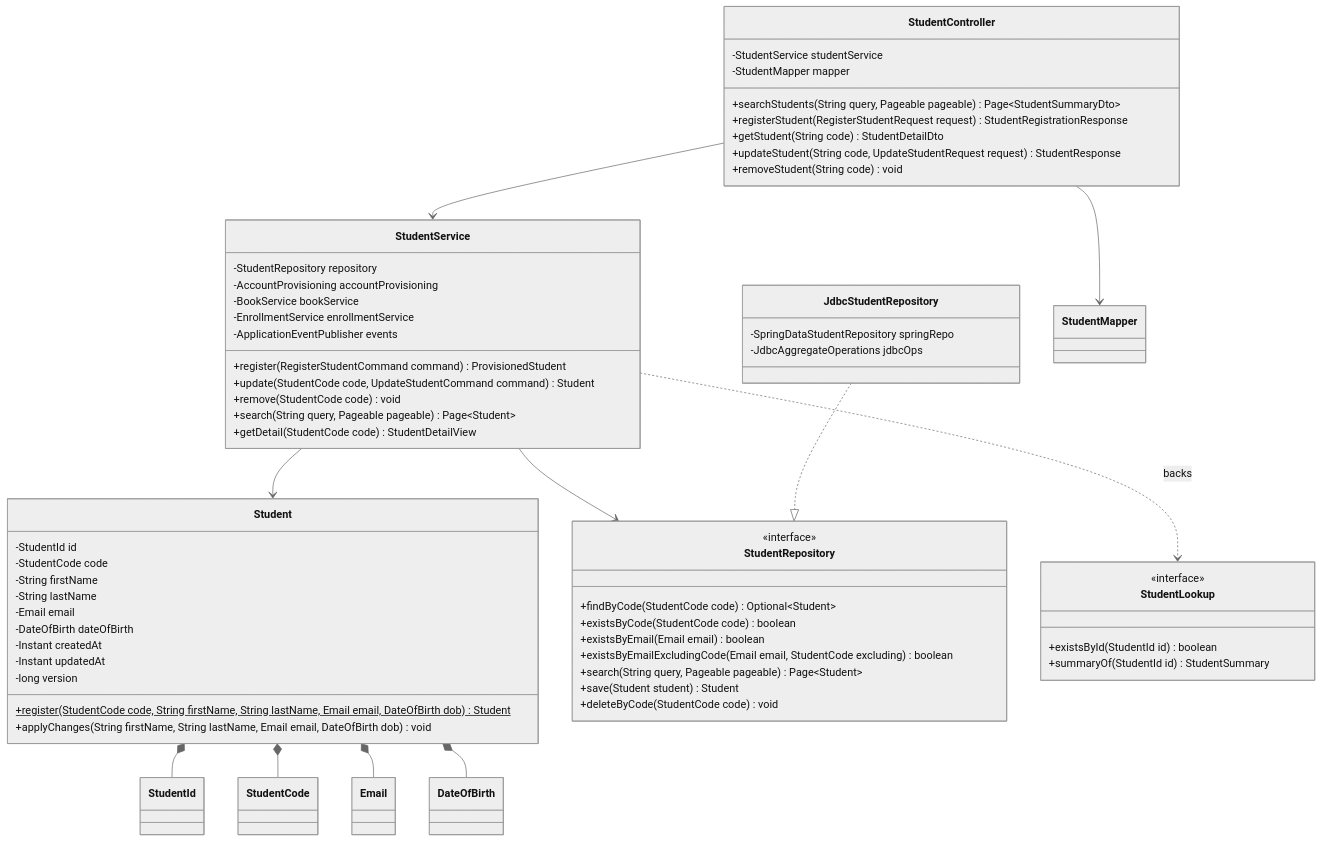
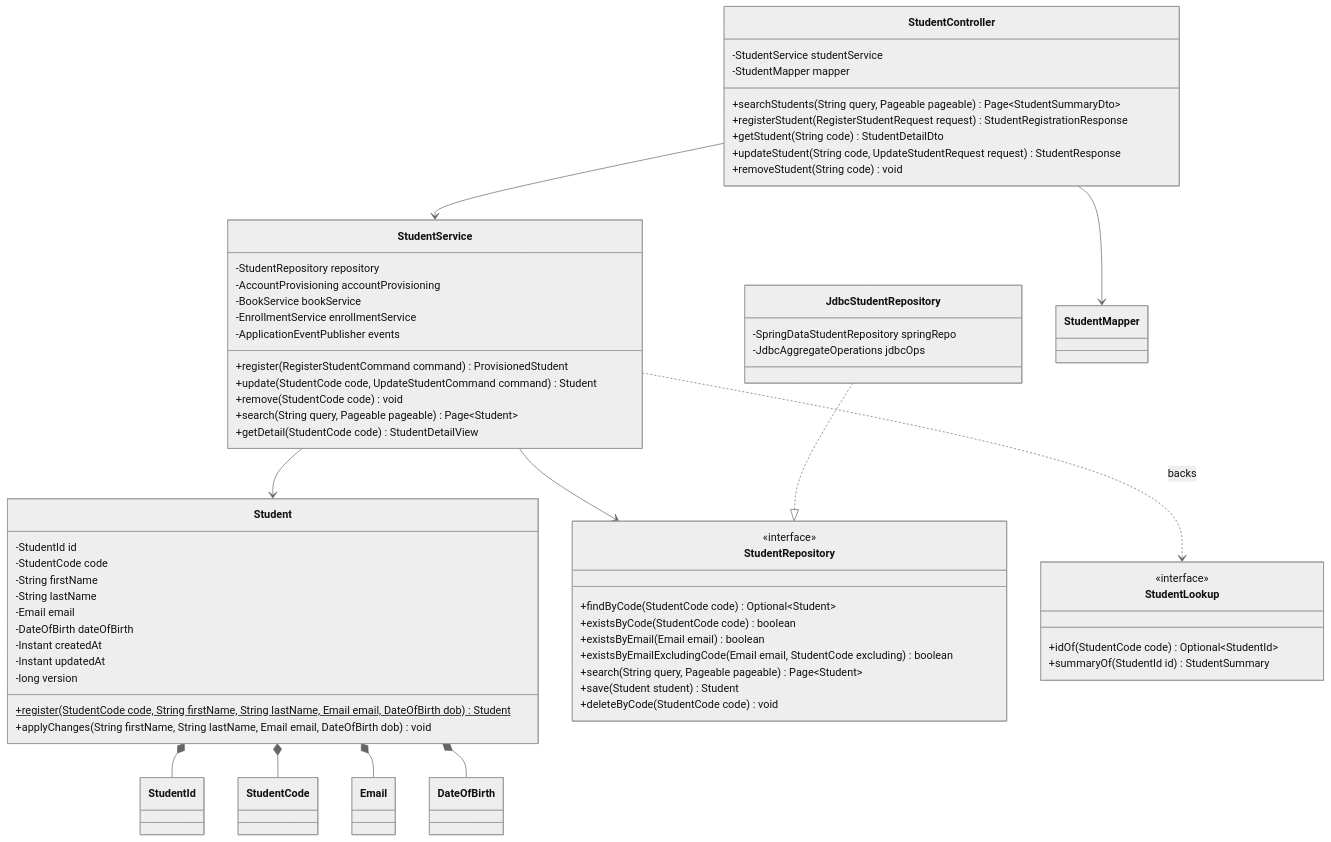
Before and after one commit to phuchoang2005/Student-Management-System: the second of 6 diagrams in docs/SA-docs/06-low-level-design.md, drawn with Mermaid (neutral theme). The commit also changed other lines of this file and 241 other files, not shown here.

````diff
--- a/docs/SA-docs/06-low-level-design.md
+++ b/docs/SA-docs/06-low-level-design.md
@@ -178,71 +178,71 @@
 ```mermaid
 classDiagram
     class StudentController {
         -StudentService studentService
         -StudentMapper mapper
         +searchStudents(String query, Pageable pageable) Page~StudentSummaryDto~
         +registerStudent(RegisterStudentRequest request) StudentRegistrationResponse
         +getStudent(String code) StudentDetailDto
         +updateStudent(String code, UpdateStudentRequest request) StudentResponse
         +removeStudent(String code) void
     }
     class StudentService {
         -StudentRepository repository
         -AccountProvisioning accountProvisioning
         -BookService bookService
         -EnrollmentService enrollmentService
         -ApplicationEventPublisher events
         +register(RegisterStudentCommand command) ProvisionedStudent
         +update(StudentCode code, UpdateStudentCommand command) Student
         +remove(StudentCode code) void
         +search(String query, Pageable pageable) Page~Student~
         +getDetail(StudentCode code) StudentDetailView
     }
     class Student {
         -StudentId id
         -StudentCode code
         -String firstName
         -String lastName
         -Email email
         -DateOfBirth dateOfBirth
         -Instant createdAt
         -Instant updatedAt
         -long version
         +register(StudentCode code, String firstName, String lastName, Email email, DateOfBirth dob)$ Student
         +applyChanges(String firstName, String lastName, Email email, DateOfBirth dob) void
     }
     class StudentId
     class StudentCode
     class Email
     class DateOfBirth
     class StudentRepository {
         <<interface>>
         +findByCode(StudentCode code) Optional~Student~
         +existsByCode(StudentCode code) boolean
         +existsByEmail(Email email) boolean
         +existsByEmailExcludingCode(Email email, StudentCode excluding) boolean
         +search(String query, Pageable pageable) Page~Student~
         +save(Student student) Student
         +deleteByCode(StudentCode code) void
     }
     class JdbcStudentRepository {
         -SpringDataStudentRepository springRepo
         -JdbcAggregateOperations jdbcOps
     }
     class StudentLookup {
         <<interface>>
-        +existsById(StudentId id) boolean
+        +idOf(StudentCode code) Optional~StudentId~
         +summaryOf(StudentId id) StudentSummary
     }
 
     StudentController --> StudentService
     StudentController --> StudentMapper
     StudentService --> Student
     StudentService --> StudentRepository
     StudentService ..> StudentLookup : backs
     JdbcStudentRepository ..|> StudentRepository
     Student *-- StudentId
     Student *-- StudentCode
     Student *-- Email
     Student *-- DateOfBirth
 ```
````
